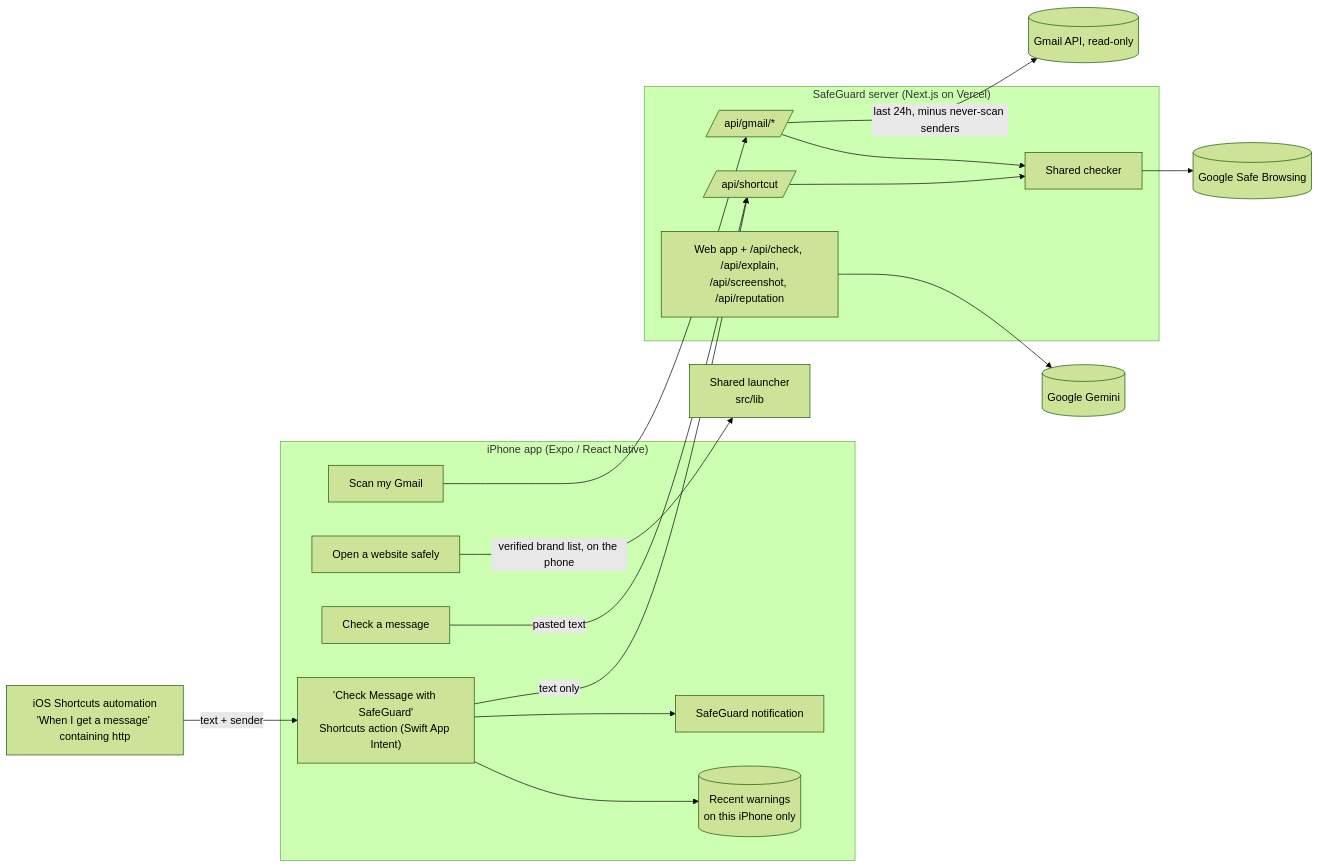
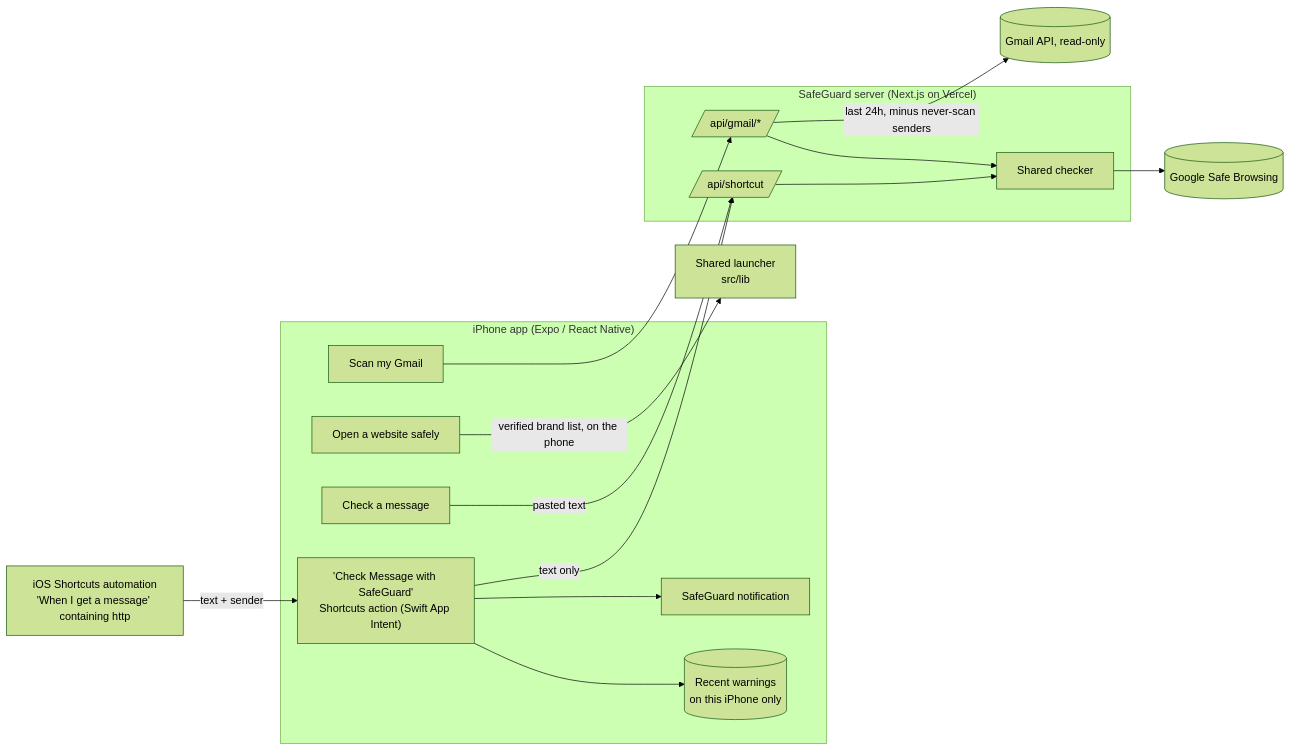
Before and after one commit to Deepakrajkumar007/safeguard: the diagram in README.md, drawn with Mermaid (forest theme). The commit also changed other lines of this file and 26 other files, not shown here.

````diff
--- a/README.md
+++ b/README.md
@@ -54,29 +50,27 @@
 ```mermaid
 flowchart LR
   subgraph Phone["iPhone app (Expo / React Native)"]
     G[Scan my Gmail]
     O[Open a website safely]
     P[Check a message]
     A["'Check Message with SafeGuard'<br/>Shortcuts action (Swift App Intent)"]
     RW[(Recent warnings<br/>on this iPhone only)]
     N[SafeGuard notification]
   end
   S["iOS Shortcuts automation<br/>'When I get a message' containing http"] -->|text + sender| A
   O -->|verified brand list, on the phone| L[Shared launcher<br/>src/lib]
   A -->|text only| SH
   P -->|pasted text| SH
   A --> N
   A --> RW
   subgraph Server["SafeGuard server (Next.js on Vercel)"]
     GM[/api/gmail/*/]
     SH[/api/shortcut/]
     C[Shared checker]
-    W[Web app + /api/check, /api/explain,<br/>/api/screenshot, /api/reputation]
   end
   G --> GM
   GM -->|last 24h, minus never-scan senders| GML[(Gmail API, read-only)]
   SH --> C
   GM --> C
   C --> SB[(Google Safe Browsing)]
-  W --> GEM[(Google Gemini)]
 ```
````
